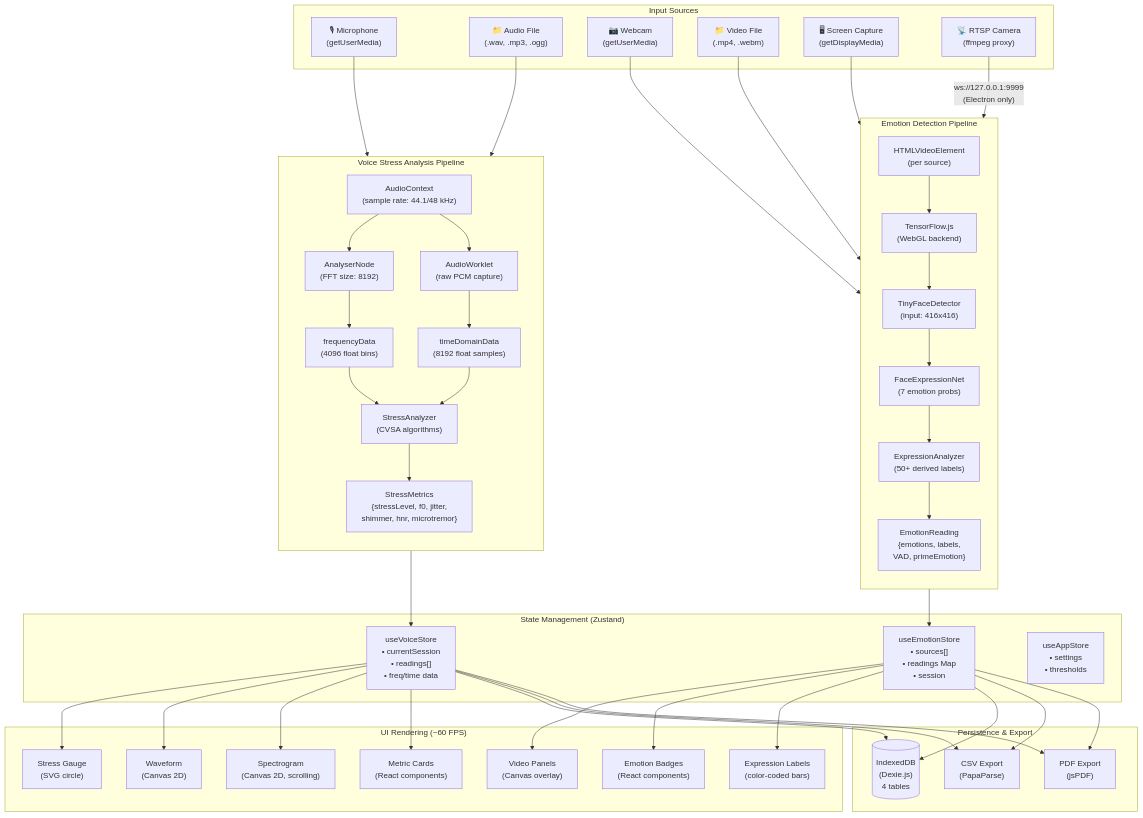
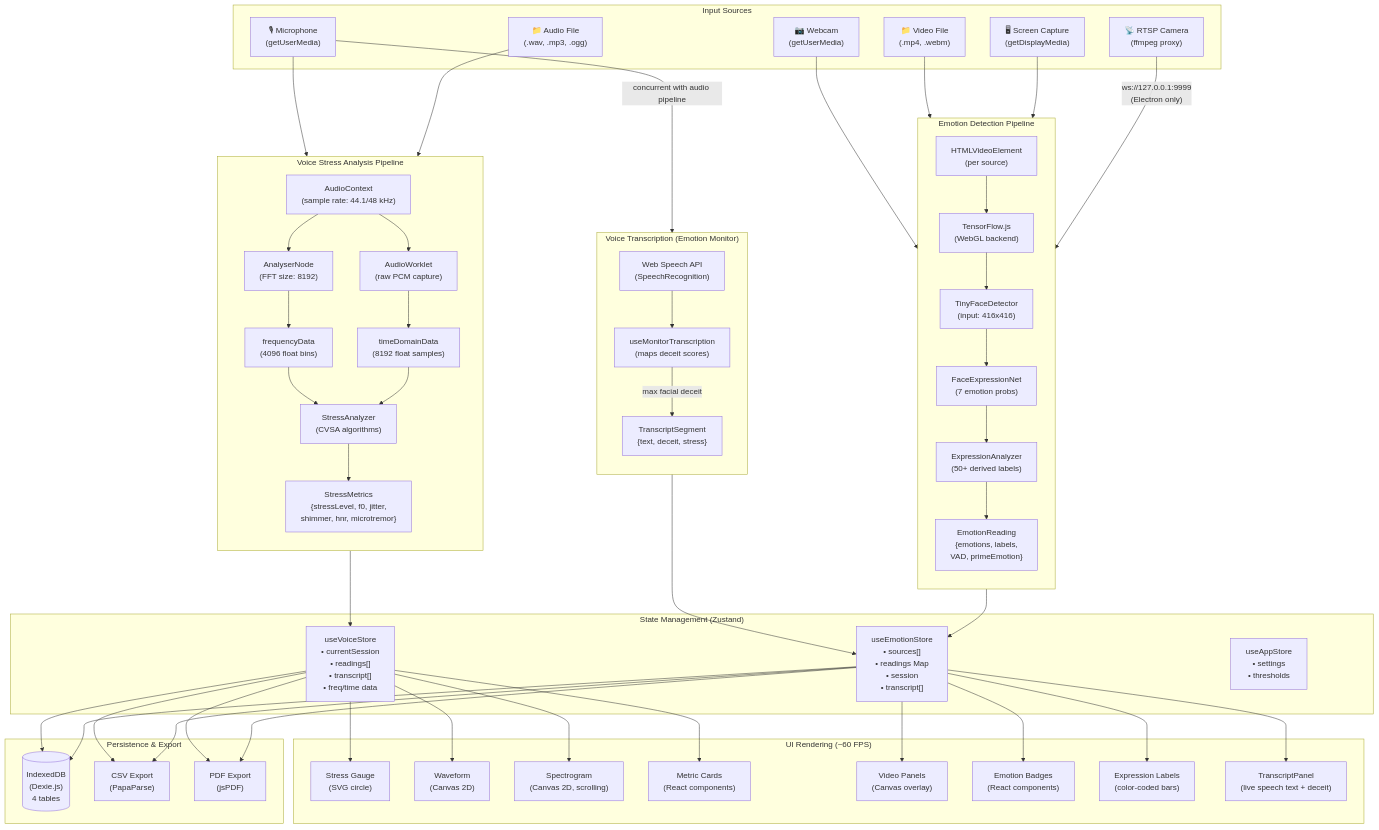
One commit to ssevera1/ToneAnalyzer changed the first of 5 diagrams in design/c4-diagrams/5-data-flow.md. Above: the diagram before and after it, drawn with Mermaid. The commit also changed other lines of this file and 4 other files, not shown here.

First line of the commit message:
Update docs and design for transcription, export, and readings removal

```diff
--- a/design/c4-diagrams/5-data-flow.md
+++ b/design/c4-diagrams/5-data-flow.md
@@ -36,9 +36,16 @@
         emotionResult["EmotionReading\n{emotions, labels,\nVAD, primeEmotion}"]
     end
 
+    subgraph TranscriptionPipeline ["Voice Transcription (Emotion Monitor)"]
+        direction TB
+        speechApi["Web Speech API\n(SpeechRecognition)"]
+        monitorHook["useMonitorTranscription\n(maps deceit scores)"]
+        transcriptSeg["TranscriptSegment\n{text, deceit, stress}"]
+    end
+
     subgraph State ["State Management (Zustand)"]
-        voiceStore["useVoiceStore\n• currentSession\n• readings[]\n• freq/time data"]
-        emotionStore["useEmotionStore\n• sources[]\n• readings Map\n• session"]
+        voiceStore["useVoiceStore\n• currentSession\n• readings[]\n• transcript[]\n• freq/time data"]
+        emotionStore["useEmotionStore\n• sources[]\n• readings Map\n• session\n• transcript[]"]
         appStore["useAppStore\n• settings\n• thresholds"]
     end
 
@@ -50,6 +57,7 @@
         videoPanels["Video Panels\n(Canvas overlay)"]
         badges["Emotion Badges\n(React components)"]
         exprLabels["Expression Labels\n(color-coded bars)"]
+        transcriptPanel["TranscriptPanel\n(live speech text + deceit)"]
     end
 
     subgraph Persistence ["Persistence & Export"]
@@ -72,8 +80,13 @@
     rtsp -->|"ws://127.0.0.1:9999\n(Electron only)"| videoEl
     videoEl --> tfjs --> faceDetect --> exprNet --> exprAnalyze --> emotionResult
 
+    mic -->|"concurrent with audio pipeline"| speechApi
+    speechApi --> monitorHook
+    monitorHook -->|"max facial deceit"| transcriptSeg
+
     metrics --> voiceStore
     emotionResult --> emotionStore
+    transcriptSeg --> emotionStore
 
     voiceStore --> gauge
     voiceStore --> waveform
@@ -82,6 +95,7 @@
     emotionStore --> videoPanels
     emotionStore --> badges
     emotionStore --> exprLabels
+    emotionStore --> transcriptPanel
 
     voiceStore --> indexeddb
     emotionStore --> indexeddb
```
